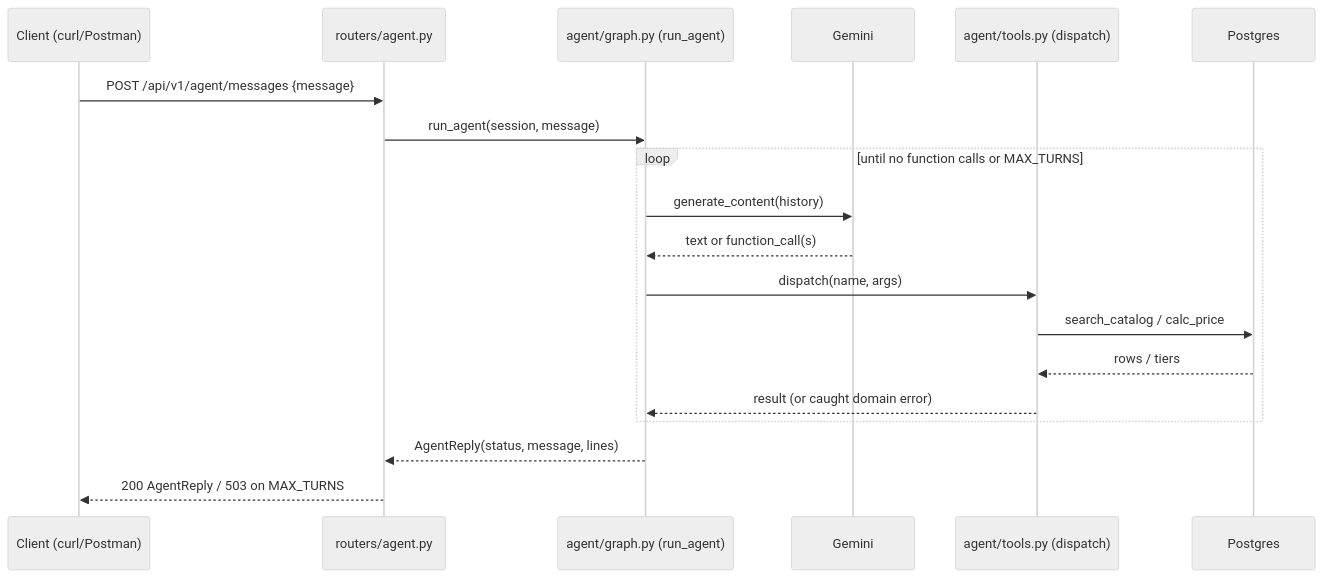
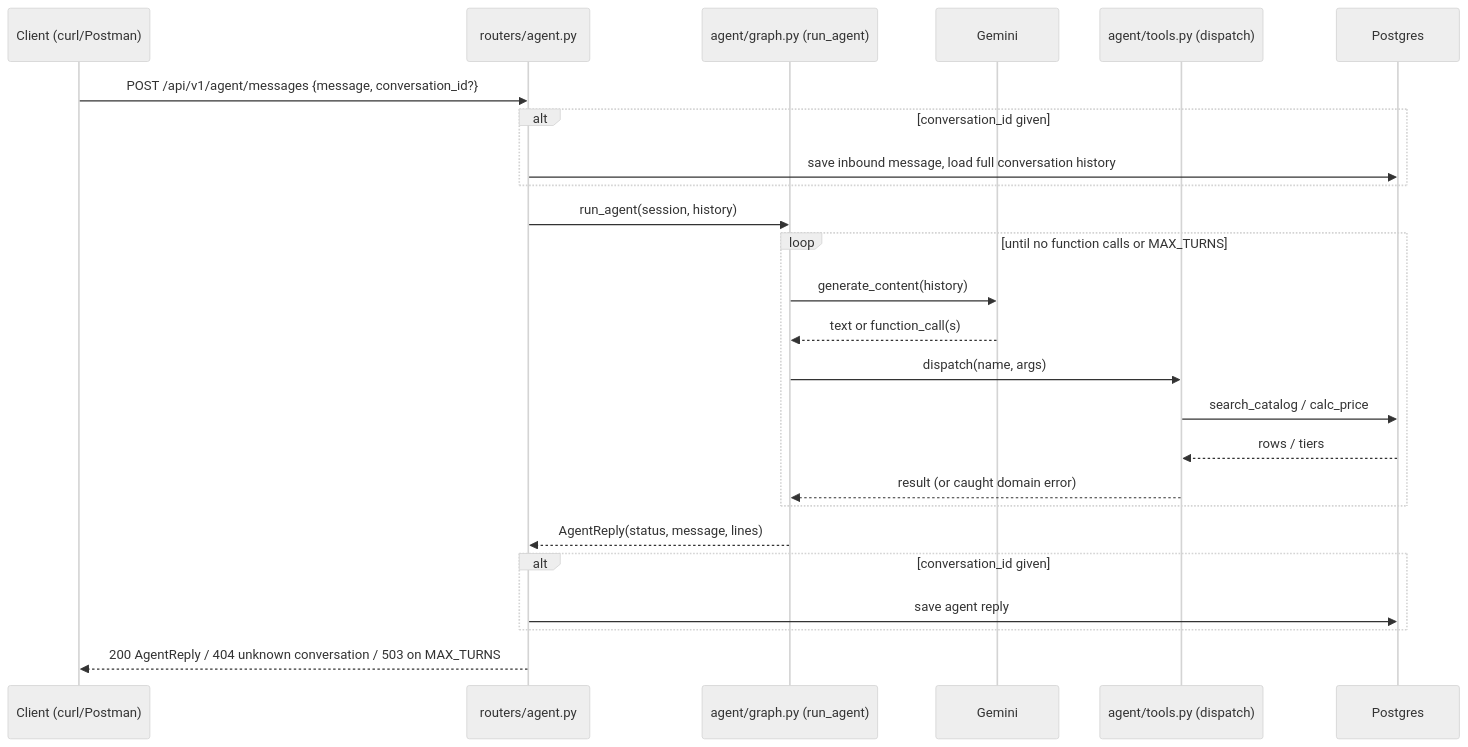
Before and after one commit to amineaiba/Quotify: the second of 3 diagrams in docs/ARCHITECTURE.md, drawn with Mermaid (neutral theme). The commit also changed other lines of this file and 10 other files, not shown here.

Commit message:
Agent: multi-turn conversation history

````diff
--- a/docs/ARCHITECTURE.md
+++ b/docs/ARCHITECTURE.md
@@ -118,22 +118,28 @@
 ```mermaid
 sequenceDiagram
     participant C as Client (curl/Postman)
     participant R as routers/agent.py
     participant L as agent/graph.py (run_agent)
     participant G as Gemini
     participant T as agent/tools.py (dispatch)
     participant DB as Postgres
 
-    C->>R: POST /api/v1/agent/messages {message}
-    R->>L: run_agent(session, message)
+    C->>R: POST /api/v1/agent/messages {message, conversation_id?}
+    alt conversation_id given
+        R->>DB: save inbound message, load full conversation history
+    end
+    R->>L: run_agent(session, history)
     loop until no function calls or MAX_TURNS
         L->>G: generate_content(history)
         G-->>L: text or function_call(s)
         L->>T: dispatch(name, args)
         T->>DB: search_catalog / calc_price
         DB-->>T: rows / tiers
         T-->>L: result (or caught domain error)
     end
     L-->>R: AgentReply(status, message, lines)
-    R-->>C: 200 AgentReply / 503 on MAX_TURNS
+    alt conversation_id given
+        R->>DB: save agent reply
+    end
+    R-->>C: 200 AgentReply / 404 unknown conversation / 503 on MAX_TURNS
 ```
````
